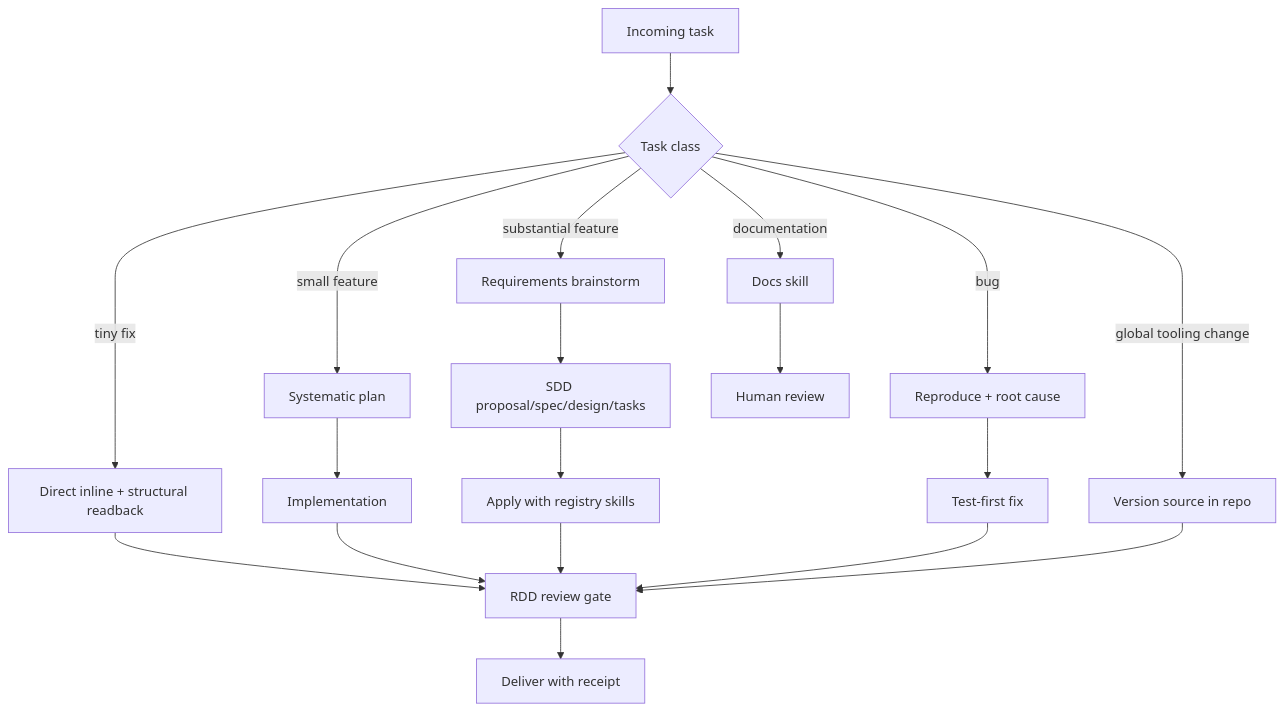
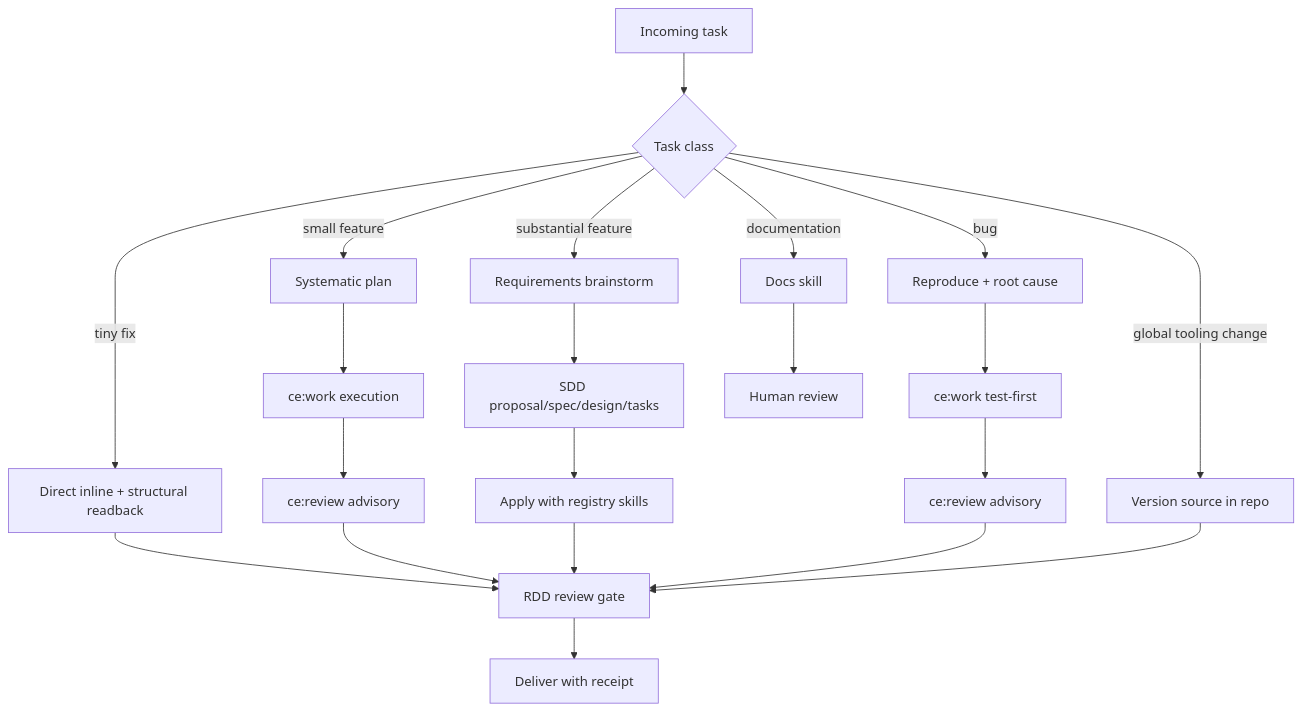
Before and after one commit to EnigmaJazz/workflow_optimisation: the diagram in WORKFLOW.md, drawn with Mermaid. The commit also changed other lines of this file and 3 other files, not shown here.

Commit message:
docs: require ce:work execution layer for small features and bug investigations

````diff
--- a/WORKFLOW.md
+++ b/WORKFLOW.md
@@ -21,11 +21,11 @@
 ```mermaid
 flowchart TB
   Task[Incoming task] --> Classify{Task class}
   Classify -->|tiny fix| Inline[Direct inline + structural readback] --> Gate
-  Classify -->|small feature| SPlan[Systematic plan] --> Impl[Implementation] --> Gate[RDD review gate]
+  Classify -->|small feature| SPlan[Systematic plan] --> CEW[ce:work execution] --> CRev[ce:review advisory] --> Gate[RDD review gate]
   Classify -->|substantial feature| Brain[Requirements brainstorm] --> SDD[SDD proposal/spec/design/tasks] --> Apply[Apply with registry skills] --> Gate
-  Classify -->|bug| Reproduce[Reproduce + root cause] --> TDD[Test-first fix] --> Gate
+  Classify -->|bug| Reproduce[Reproduce + root cause] --> TDD[ce:work test-first] --> CRev2[ce:review advisory] --> Gate
   Classify -->|documentation| Docs[Docs skill] --> HRev[Human review]
   Classify -->|global tooling change| Ver[Version source in repo] --> Gate[RDD review gate]
   Gate --> Deliver[Deliver with receipt]
 ```
````
